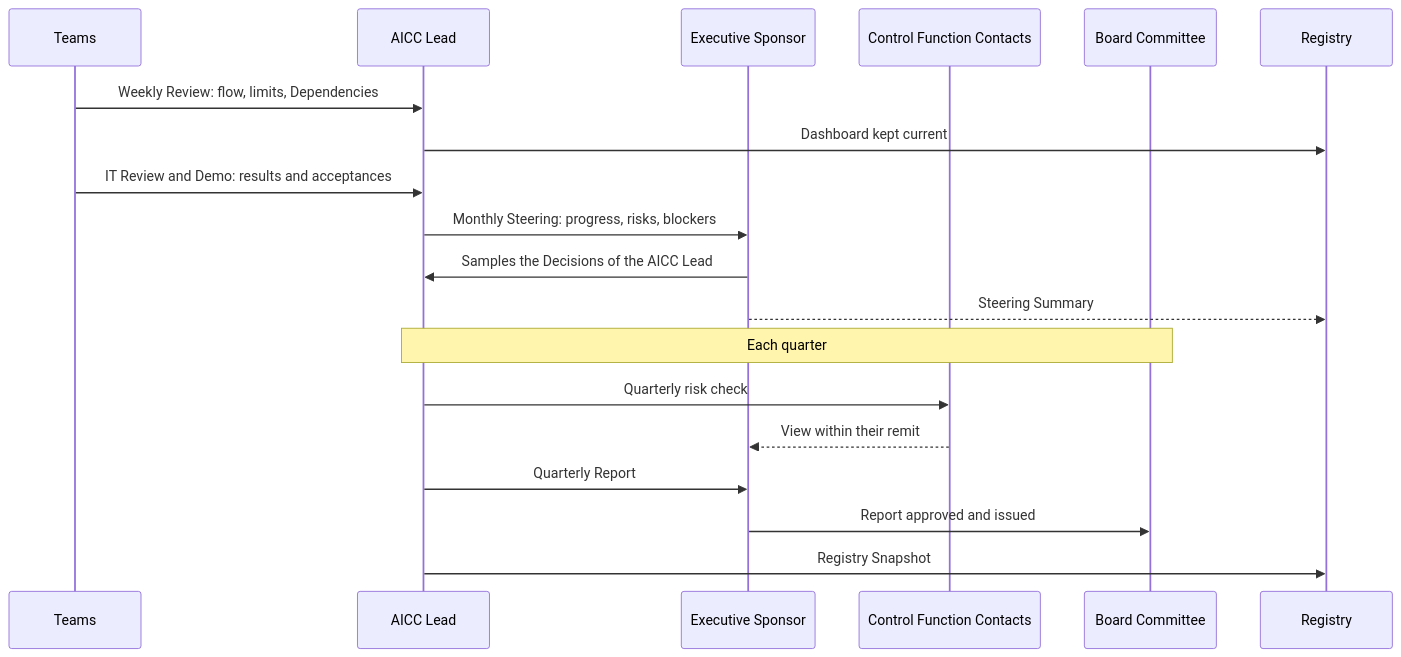
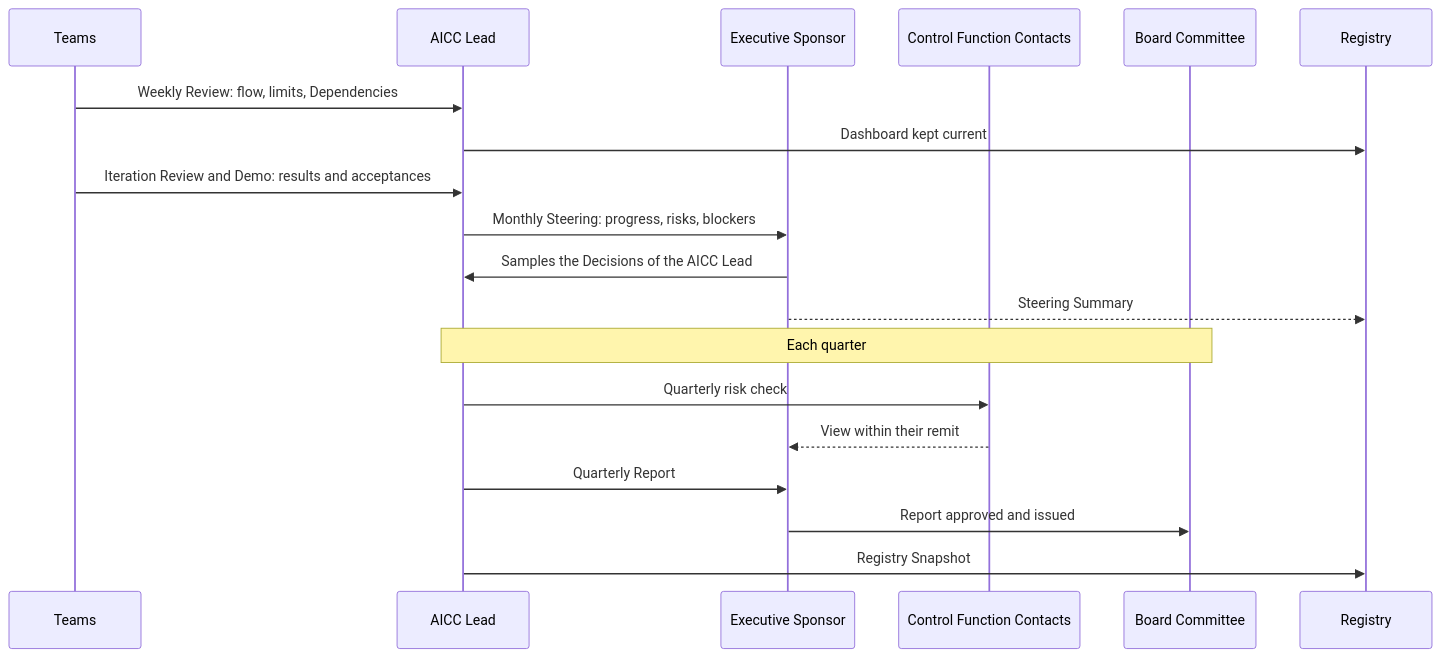
Before and after one commit to devhogu/ob-aicc: the first of 4 diagrams in charter/workflows/unit-governance.md, drawn with Mermaid. The commit also changed other lines of this file and 63 other files, not shown here.

````diff
--- a/charter/workflows/unit-governance.md
+++ b/charter/workflows/unit-governance.md
@@ -26,21 +29,21 @@
 ```mermaid
 sequenceDiagram
   participant T as Teams
   participant L as AICC Lead
   participant ES as Executive Sponsor
   participant CF as Control Function Contacts
   participant BC as Board Committee
   participant R as Registry
   T->>L: Weekly Review: flow, limits, Dependencies
   L->>R: Dashboard kept current
-  T->>L: IT Review and Demo: results and acceptances
+  T->>L: Iteration Review and Demo: results and acceptances
   L->>ES: Monthly Steering: progress, risks, blockers
   ES->>L: Samples the Decisions of the AICC Lead
   ES-->>R: Steering Summary
   Note over L,BC: Each quarter
   L->>CF: Quarterly risk check
   CF-->>ES: View within their remit
   L->>ES: Quarterly Report
   ES->>BC: Report approved and issued
   L->>R: Registry Snapshot
 ```
````
